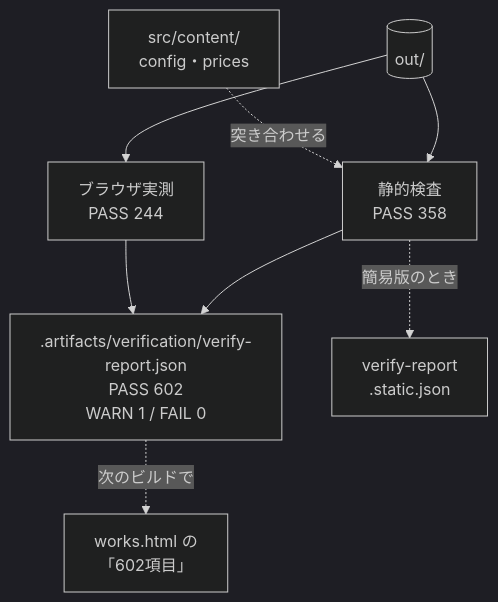
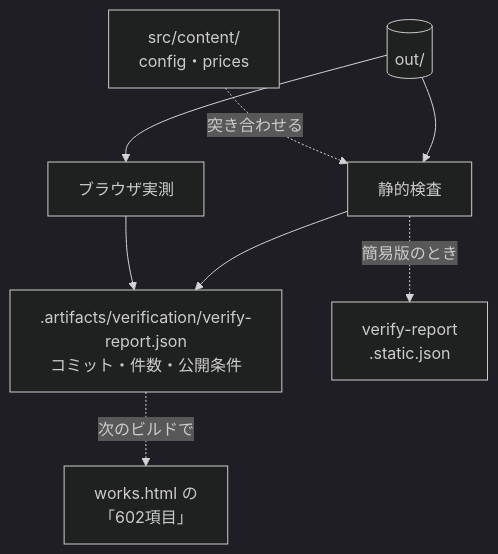
Before and after one commit to bright-broom/tsumugi: the third of 4 diagrams in docs/development.md, drawn with Mermaid (dark theme). The commit also changed other lines of this file and 5 other files, not shown here.

````diff
--- a/docs/development.md
+++ b/docs/development.md
@@ -83,10 +89,10 @@
 ```mermaid
 flowchart TD
-  out[("out/")] --> st["静的検査<br/>PASS 358"]
-  out --> br["ブラウザ実測<br/>PASS 244"]
+  out[("out/")] --> st["静的検査"]
+  out --> br["ブラウザ実測"]
   content["src/content/<br/>config・prices"] -.->|突き合わせる| st
-  st --> full[".artifacts/verification/verify-report.json<br/>PASS 602<br/>WARN 1 / FAIL 0"]
+  st --> full[".artifacts/verification/verify-report.json<br/>コミット・件数・公開条件"]
   br --> full
   st -.->|簡易版のとき| static["verify-report<br/>.static.json"]
   full -.->|次のビルドで| works["works.html の<br/>「602項目」"]
 ```
````
